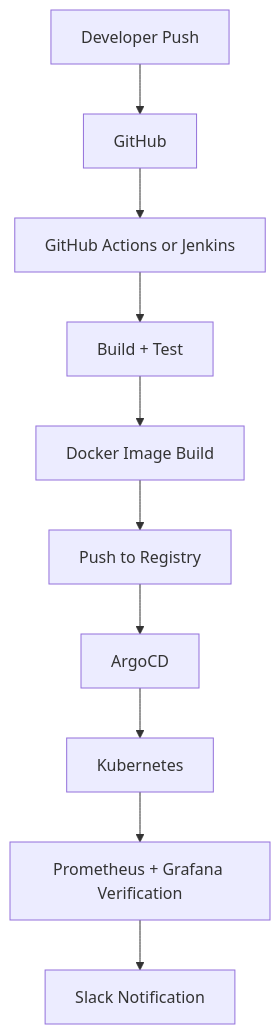
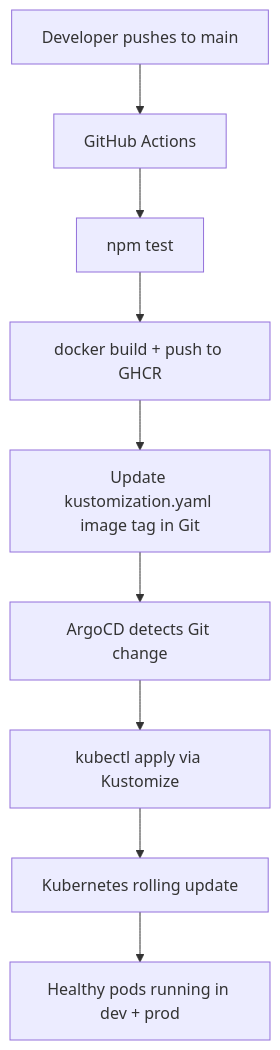
The diagram in README.md (code-and-secure/Autonomous-Release-Orchestration-Platform), drawn with Mermaid before and after one commit. The commit also changed other lines of this file and 8 other files, not shown here.

````diff
--- a/README.md
+++ b/README.md
@@ -29,12 +27,11 @@
 ```mermaid
 flowchart TD
-  A[Developer Push] --> B[GitHub]
-  B --> C[GitHub Actions or Jenkins]
-  C --> D[Build + Test]
-  D --> E[Docker Image Build]
-  E --> F[Push to Registry]
-  F --> G[ArgoCD]
-  G --> H[Kubernetes]
-  H --> I[Prometheus + Grafana Verification]
-  I --> J[Slack Notification]
+  A[Developer pushes to main] --> B[GitHub Actions]
+  B --> C[npm test]
+  C --> D[docker build + push to GHCR]
+  D --> E[Update kustomization.yaml image tag in Git]
+  E --> F[ArgoCD detects Git change]
+  F --> G[kubectl apply via Kustomize]
+  G --> H[Kubernetes rolling update]
+  H --> I[Healthy pods running in dev + prod]
 ```
````
